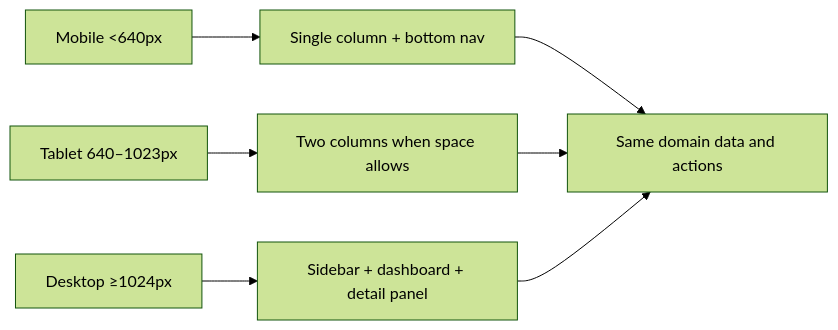
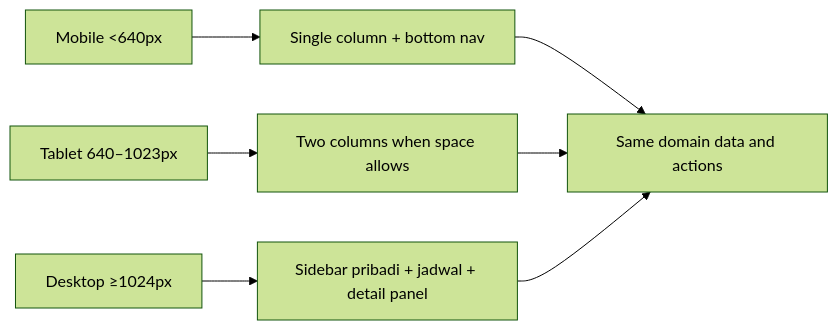
The seventh of 13 diagrams in workflow.md (Rizuki25/Obtara), drawn with Mermaid (forest theme) before and after one commit. The commit also changed other lines of this file and 43 other files, not shown here.

````diff
--- a/workflow.md
+++ b/workflow.md
@@ -256,9 +279,9 @@
 ```mermaid
 flowchart LR
     M["Mobile <640px"] --> M1["Single column + bottom nav"]
     T["Tablet 640–1023px"] --> T1["Two columns when space allows"]
-    D["Desktop ≥1024px"] --> D1["Sidebar + dashboard + detail panel"]
+    D["Desktop ≥1024px"] --> D1["Sidebar pribadi + jadwal + detail panel"]
     M1 --> S["Same domain data and actions"]
     T1 --> S
     D1 --> S
 ```
````
